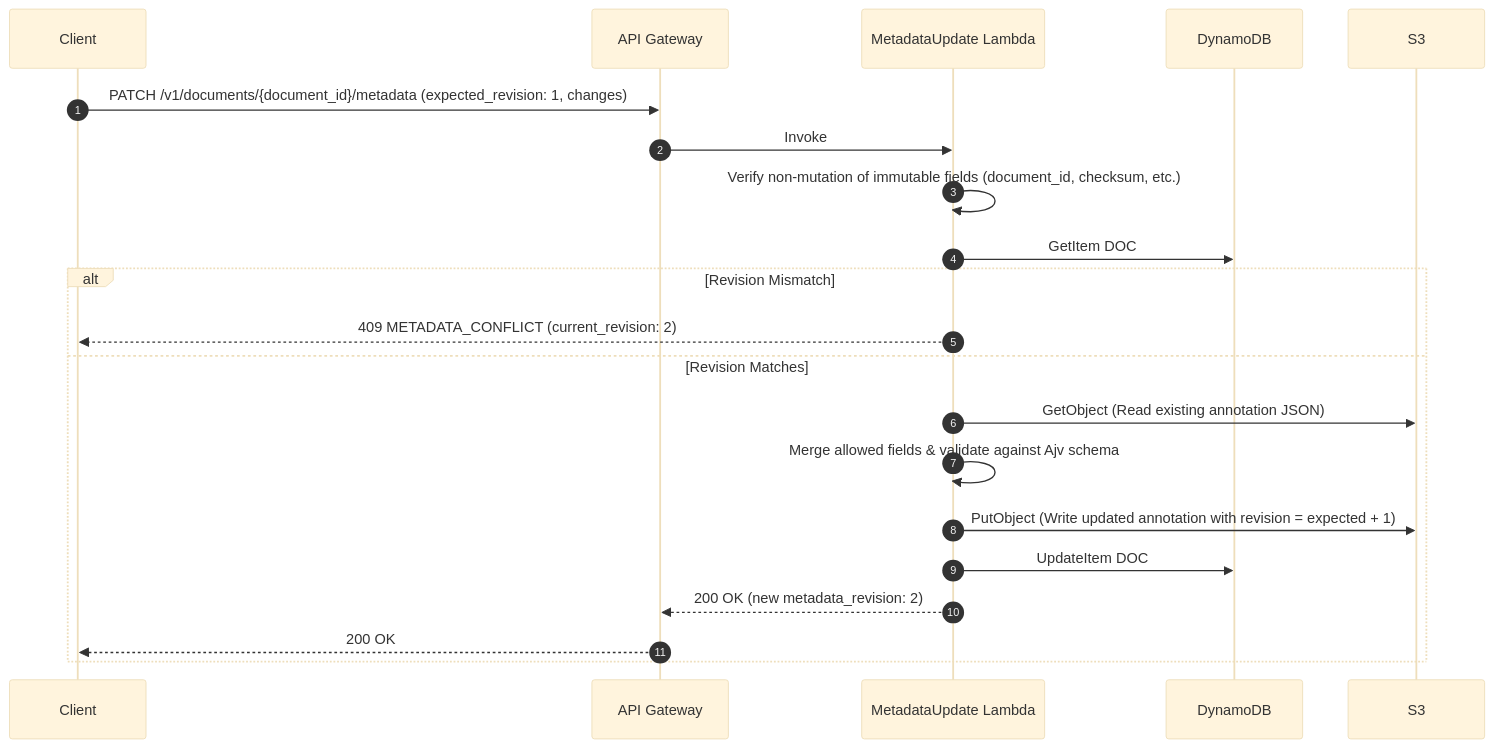
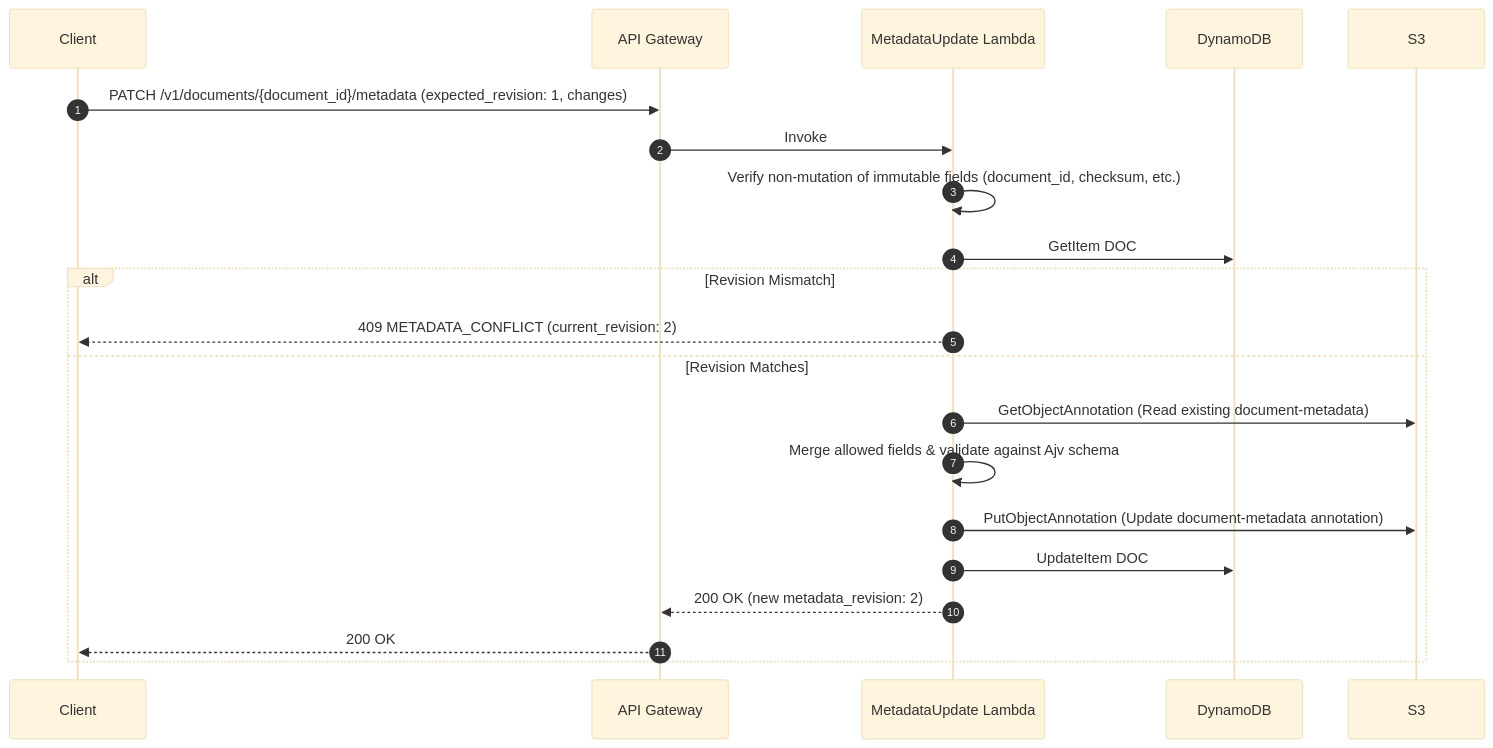
Diagram 11 of 17 in SOLUTION_ARCHITECTURE_SPECIFICATION.md (peydan/aws-doc-management-system), drawn with Mermaid (base theme) before and after one commit. The commit also changed other lines of this file and 44 other files, not shown here.

Commit message:
feat: add frontend deployment configs, architecture diagrams, and backend updates

````diff
--- a/SOLUTION_ARCHITECTURE_SPECIFICATION.md
+++ b/SOLUTION_ARCHITECTURE_SPECIFICATION.md
@@ -869,18 +870,18 @@
   ```mermaid
   sequenceDiagram
     autonumber
     Client->>API Gateway: PATCH /v1/documents/{document_id}/metadata (expected_revision: 1, changes)
     API Gateway->>MetadataUpdate Lambda: Invoke
     MetadataUpdate Lambda->>MetadataUpdate Lambda: Verify non-mutation of immutable fields (document_id, checksum, etc.)
     MetadataUpdate Lambda->>DynamoDB: GetItem DOC#{document_id} (Verify current_metadata_revision == expected_revision)
     alt Revision Mismatch
       MetadataUpdate Lambda-->>Client: 409 METADATA_CONFLICT (current_revision: 2)
     else Revision Matches
-      MetadataUpdate Lambda->>S3: GetObject (Read existing annotation JSON)
+      MetadataUpdate Lambda->>S3: GetObjectAnnotation (Read existing document-metadata)
       MetadataUpdate Lambda->>MetadataUpdate Lambda: Merge allowed fields & validate against Ajv schema
-      MetadataUpdate Lambda->>S3: PutObject (Write updated annotation with revision = expected + 1)
+      MetadataUpdate Lambda->>S3: PutObjectAnnotation (Update document-metadata annotation)
       MetadataUpdate Lambda->>DynamoDB: UpdateItem DOC#{document_id} SET current_metadata_revision = 2 WHERE revision == 1
       MetadataUpdate Lambda-->>API Gateway: 200 OK (new metadata_revision: 2)
       API Gateway-->>Client: 200 OK
     end
   ```
````
